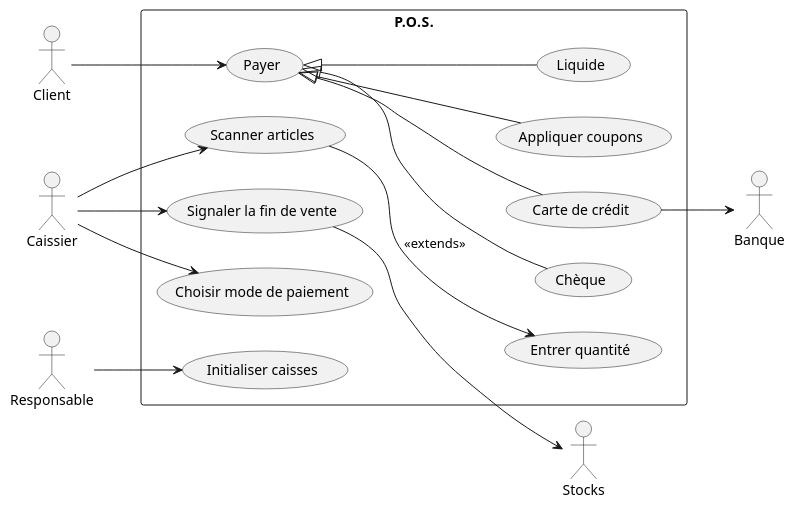
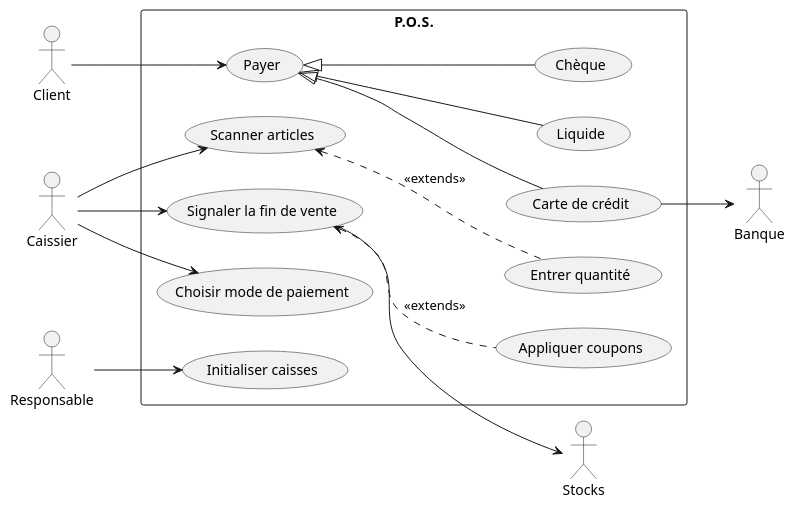
One commit to PapaSam0/1SY-AnalyseObjet changed the diagram in Exercices01/question03.wsd. Above: the diagram before and after it, drawn with PlantUML. The commit also changed 12 other files, not shown here.

```diff
--- a/Exercices01/question03.wsd
+++ b/Exercices01/question03.wsd
@@ -1,40 +1,40 @@
 @startuml POS
 left to right direction
 
 actor Client
 actor Caissier
 actor Responsable
 actor Banque
 
 
 rectangle "P.O.S." {
     usecase "Scanner articles" as UC1
     usecase "Entrer quantité" as UC2
     usecase "Signaler la fin de vente" as UC5
     usecase "Choisir mode de paiement" as UC7
     usecase "Liquide" as UC8
     usecase "Chèque" as UC9
     usecase "Carte de crédit" as UC10
     usecase "Appliquer coupons" as UC13
     usecase "Initialiser caisses" as UC15
     usecase "Payer" as UCPay
 }
 
 actor Stocks
 
 
 Caissier--> UC1
 Caissier --> UC5
-UC1 --> UC2 : <<extends>>
+UC1 <-. UC2 : <<extends>>
 UC5 --> Stocks
 Client --> UCPay
 Caissier --> UC7
 UCPay <|-- UC8
 UCPay <|-- UC9
 UCPay <|-- UC10
-UCPay <|-- UC13 
+UC5 <-. UC13 : <<extends>>
 UC10 --> Banque
 Responsable --> UC15
 
 
 @enduml
```
